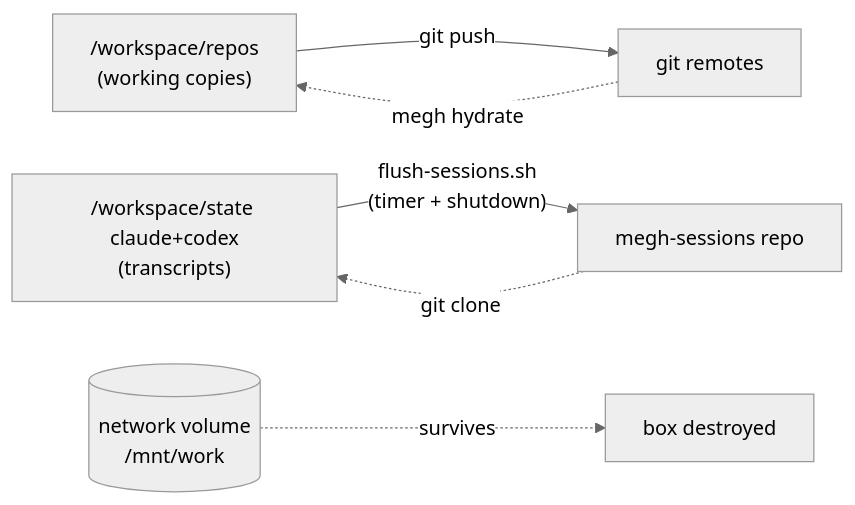
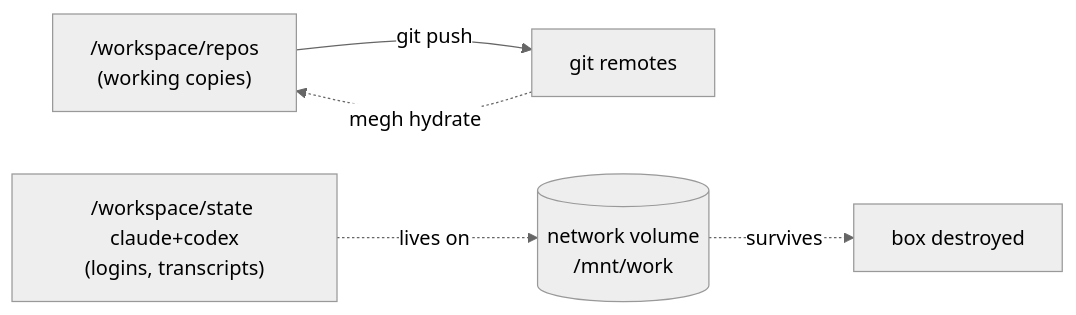
One commit to panyam/megh changed the fifth of 5 diagrams in docs/LIFECYCLE.md. Above: the diagram before and after it, drawn with Mermaid (neutral theme). The commit also changed other lines of this file and 9 other files, not shown here.

First line of the commit message:
Retire megh sessions collect and the megh-sessions repo

````diff
--- a/docs/LIFECYCLE.md
+++ b/docs/LIFECYCLE.md
@@ -131,9 +127,8 @@
 ```mermaid
 flowchart LR
   repos["/workspace/repos<br>(working copies)"] -->|"git push"| gh["git remotes"]
-  state["/workspace/state claude+codex<br>(transcripts)"] -->|"flush-sessions.sh<br>(timer + shutdown)"| sess["megh-sessions repo"]
   gh -.->|"megh hydrate"| repos
-  sess -.->|"git clone"| state
   vol[("network volume<br>/mnt/work")]
+  state["/workspace/state claude+codex<br>(logins, transcripts)"] -.->|"lives on"| vol
   vol -.->|"survives"| destroy["box destroyed"]
 ```
````
